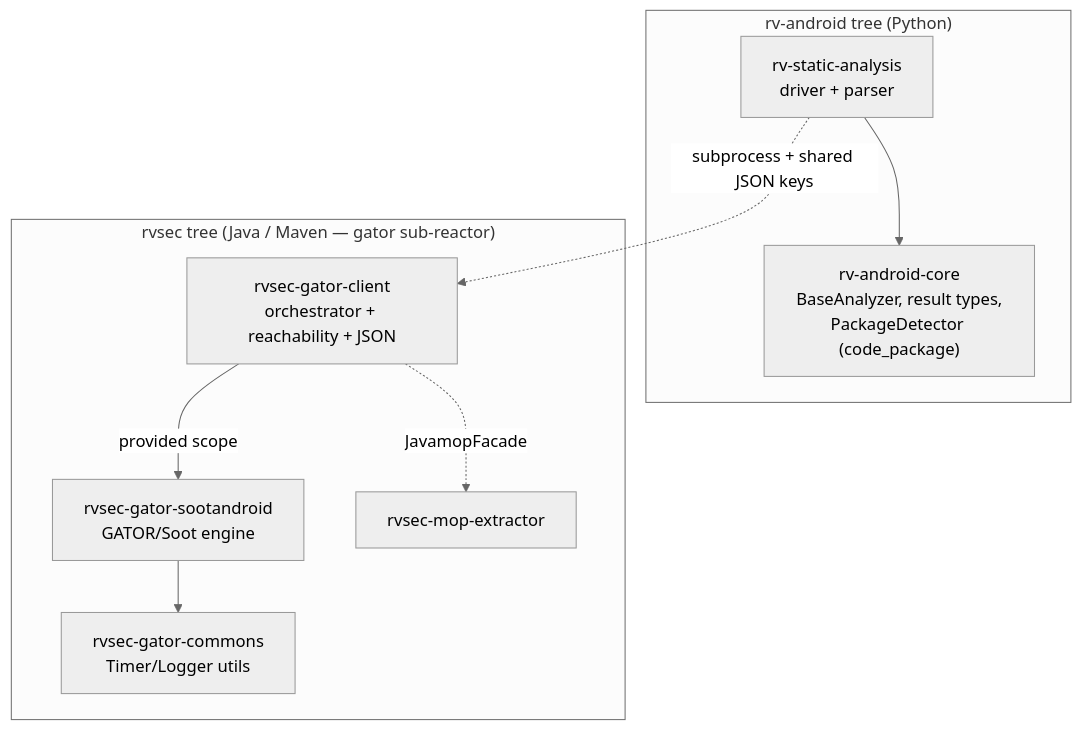
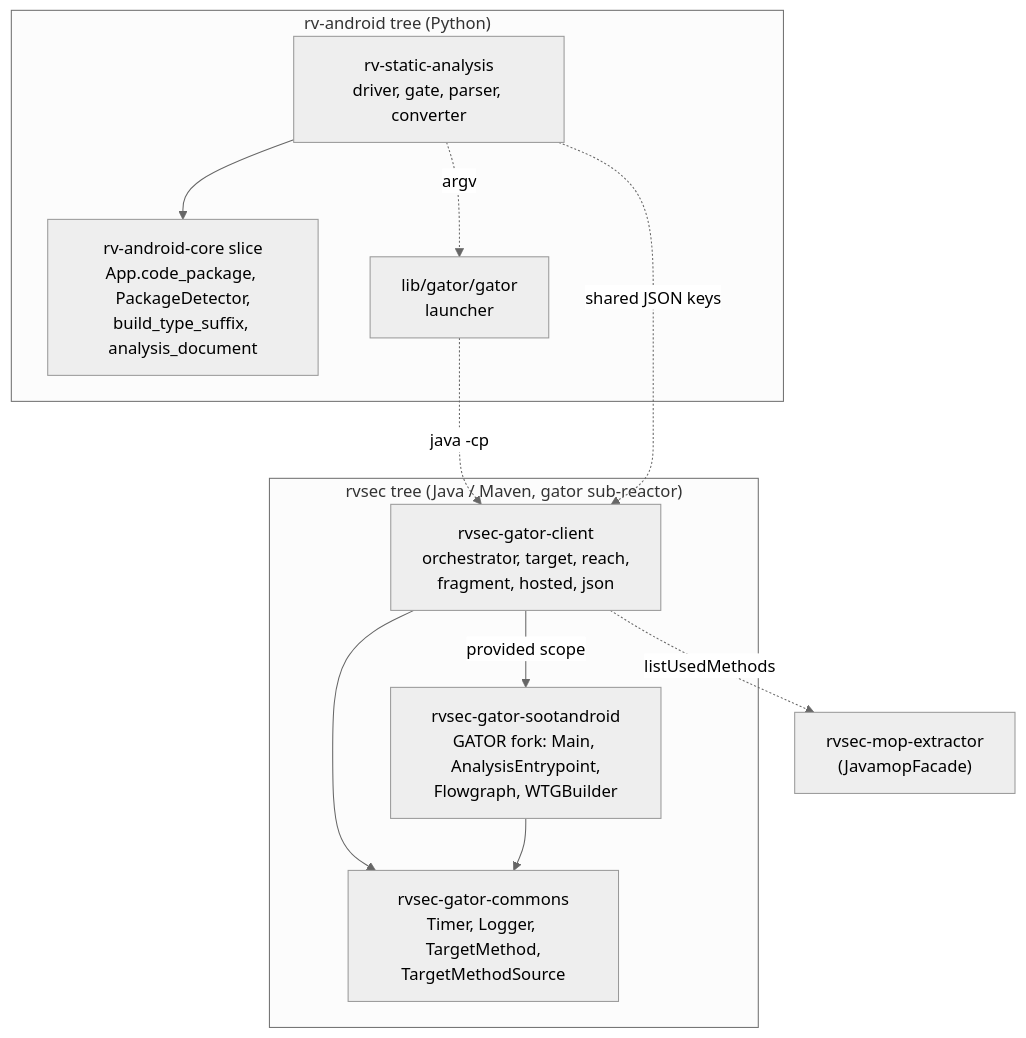
One commit to PAMunb/rvsec changed the second of 4 diagrams in rv-android/docs/architecture/static-analysis.md. Above: the diagram before and after it, drawn with Mermaid. The commit also changed other lines of this file and 7 other files, not shown here.

````diff
--- a/rv-android/docs/architecture/static-analysis.md
+++ b/rv-android/docs/architecture/static-analysis.md
@@ -223,18 +275,23 @@
 ```mermaid
 %%{init: {'theme': 'neutral'}}%%
 flowchart TB
   subgraph py["rv-android tree (Python)"]
-    rvsa["rv-static-analysis<br/>driver + parser"]
-    core["rv-android-core<br/>BaseAnalyzer, result types,<br/>PackageDetector (code_package)"]
+    rvsa["rv-static-analysis<br/>driver, gate, parser, converter"]
+    core["rv-android-core slice<br/>App.code_package, PackageDetector,<br/>build_type_suffix, analysis_document"]
+    launcherm["lib/gator/gator<br/>launcher"]
     rvsa --> core
   end
-  subgraph javatree["rvsec tree (Java / Maven — gator sub-reactor)"]
-    client["rvsec-gator-client<br/>orchestrator + reachability + JSON"]
-    sootandroid["rvsec-gator-sootandroid<br/>GATOR/Soot engine"]
-    commons["rvsec-gator-commons<br/>Timer/Logger utils"]
+  subgraph javatree["rvsec tree (Java / Maven, gator sub-reactor)"]
+    client["rvsec-gator-client<br/>orchestrator, target, reach,<br/>fragment, hosted, json"]
+    sootandroid["rvsec-gator-sootandroid<br/>GATOR fork: Main, AnalysisEntrypoint,<br/>Flowgraph, WTGBuilder"]
+    commons["rvsec-gator-commons<br/>Timer, Logger, TargetMethod,<br/>TargetMethodSource"]
     client -->|provided scope| sootandroid
+    client --> commons
     sootandroid --> commons
-    client -.->|JavamopFacade| extractor2["rvsec-mop-extractor"]
   end
-  rvsa -.->|subprocess + shared JSON keys| client
+  extractor["rvsec-mop-extractor<br/>(JavamopFacade)"]
+  client -.->|listUsedMethods| extractor
+  rvsa -.->|argv| launcherm
+  launcherm -.->|java -cp| client
+  rvsa -.->|shared JSON keys| client
 ```
````
